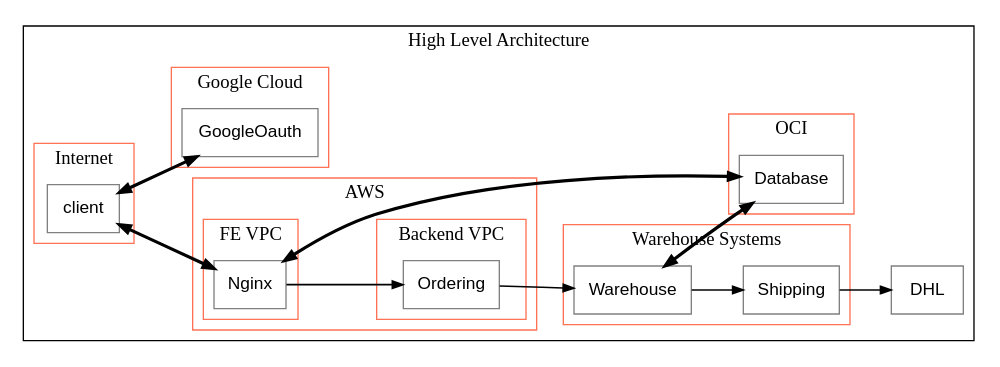
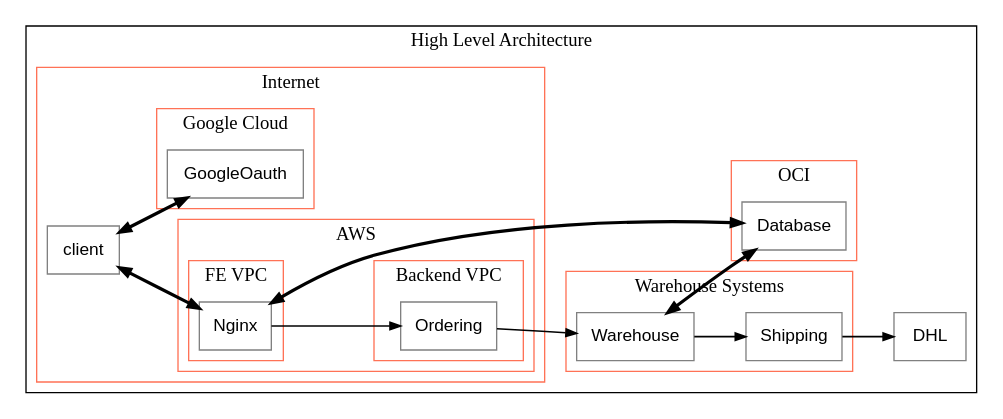
The diagram in examples/output/High Level Architecture.dot (hyakuhei/ltm), drawn with Graphviz before and after one commit. The commit also changed 12 other files, not shown here.

Commit message:
Adding support for descriptions in ltm and for rendering tables of these descriptions in the arch diagrams generated by jtg

```diff
--- a/examples/output/High Level Architecture.dot
+++ b/examples/output/High Level Architecture.dot
@@ -1,52 +1,52 @@
 digraph G {
 compound=true;
 rankdir="LR"
     subgraph cluster1 {
     label="High Level Architecture";
     color="Black";
         node16 [label="DHL" shape="box", margin="0.1", color="Grey", fontsize="13", fontname="Helvetica"];
         subgraph cluster2 {
-        label="AWS";
-        color="Coral1";
-            subgraph cluster3 {
-            label="FE VPC";
-            color="Coral1";
-                node4 [label="Nginx" shape="box", margin="0.1", color="Grey", fontsize="13", fontname="Helvetica"];
-            }
-            subgraph cluster11 {
-            label="Backend VPC";
-            color="Coral1";
-                node12 [label="Ordering" shape="box", margin="0.1", color="Grey", fontsize="13", fontname="Helvetica"];
-            }
-        }
-        subgraph cluster5 {
         label="Internet";
         color="Coral1";
             node6 [label="client" shape="box", margin="0.1", color="Grey", fontsize="13", fontname="Helvetica"];
+            subgraph cluster3 {
+            label="AWS";
+            color="Coral1";
+                subgraph cluster4 {
+                label="FE VPC";
+                color="Coral1";
+                    node5 [label="Nginx" shape="box", margin="0.1", color="Grey", fontsize="13", fontname="Helvetica"];
+                }
+                subgraph cluster11 {
+                label="Backend VPC";
+                color="Coral1";
+                    node12 [label="Ordering" shape="box", margin="0.1", color="Grey", fontsize="13", fontname="Helvetica"];
+                }
+            }
+            subgraph cluster9 {
+            label="Google Cloud";
+            color="Coral1";
+                node10 [label="GoogleOauth" shape="box", margin="0.1", color="Grey", fontsize="13", fontname="Helvetica"];
+            }
         }
         subgraph cluster7 {
         label="OCI";
         color="Coral1";
             node8 [label="Database" shape="box", margin="0.1", color="Grey", fontsize="13", fontname="Helvetica"];
-        }
-        subgraph cluster9 {
-        label="Google Cloud";
-        color="Coral1";
-            node10 [label="GoogleOauth" shape="box", margin="0.1", color="Grey", fontsize="13", fontname="Helvetica"];
         }
         subgraph cluster13 {
         label="Warehouse Systems";
         color="Coral1";
             node14 [label="Warehouse" shape="box", margin="0.1", color="Grey", fontsize="13", fontname="Helvetica"];
             node15 [label="Shipping" shape="box", margin="0.1", color="Grey", fontsize="13", fontname="Helvetica"];
         }
     }
-node6->node4 [label="" dir=both, fontsize="10", penwidth="2.4", arrowsize="0.8"];
-node4->node8 [label="" dir=both, fontsize="10", penwidth="2.4", arrowsize="0.8"];
+node6->node5 [label="" dir=both, fontsize="10", penwidth="2.4", arrowsize="0.8"];
+node5->node8 [label="" dir=both, fontsize="10", penwidth="2.4", arrowsize="0.8"];
 node6->node10 [label="" dir=both, fontsize="10", penwidth="2.4", arrowsize="0.8"];
-node4->node12 [label="" fontsize="10", penwidth="1.2", arrowsize="0.8"];
+node5->node12 [label="" fontsize="10", penwidth="1.2", arrowsize="0.8"];
 node12->node14 [label="" fontsize="10", penwidth="1.2", arrowsize="0.8"];
 node14->node8 [label="" dir=both, fontsize="10", penwidth="2.4", arrowsize="0.8"];
 node14->node15 [label="" fontsize="10", penwidth="1.2", arrowsize="0.8"];
 node15->node16 [label="" fontsize="10", penwidth="1.2", arrowsize="0.8"];
 }
```
